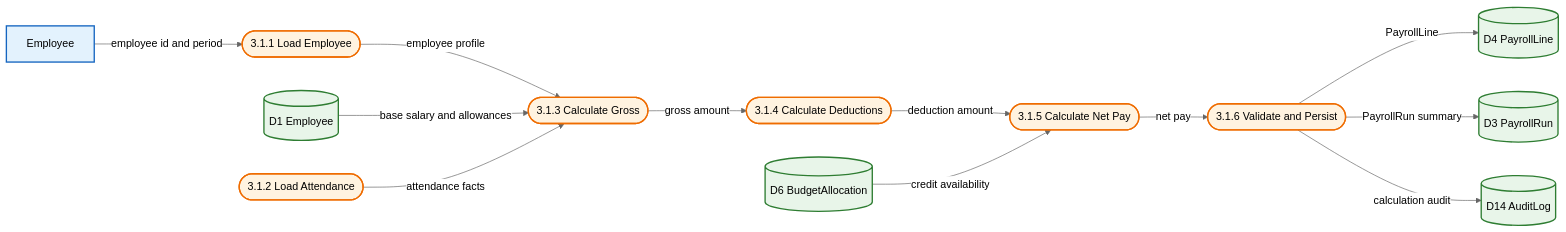
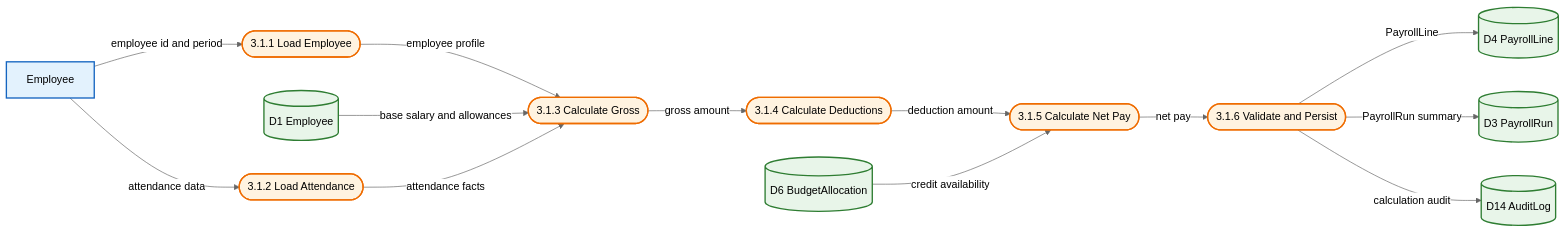
One commit to Shakour-Data/BedaanWaves changed the ninth of 11 diagrams in docs/02_architecture/ARCH_integrated-hr-finance-procurement-dfd_v1.md. Above: the diagram before and after it, drawn with Mermaid (neutral theme). The commit also changed other lines of this file and 62 other files, not shown here.

Commit message:
Add security routes, privacy, audit, observability, data lineage, K8s configs, monitoring, and update API/frontend/tests/docs

````diff
--- a/docs/02_architecture/ARCH_integrated-hr-finance-procurement-dfd_v1.md
+++ b/docs/02_architecture/ARCH_integrated-hr-finance-procurement-dfd_v1.md
@@ -438,31 +451,32 @@
 ```mermaid
 flowchart LR
-    classDef entity fill:#E3F2FD,stroke:#1565C0,stroke-width:2px,color:#000;
-    classDef process fill:#FFF3E0,stroke:#EF6C00,stroke-width:2px,color:#000;
-    classDef store fill:#E8F5E9,stroke:#2E7D32,stroke-width:2px,color:#000;
+classDef entity fill:#E3F2FD,stroke:#1565C0,stroke-width:2px,color:#000;
+classDef process fill:#FFF3E0,stroke:#EF6C00,stroke-width:2px,color:#000;
+classDef store fill:#E8F5E9,stroke:#2E7D32,stroke-width:2px,color:#000;
 
-    EMP[Employee]:::entity
-    T1([3.1.1 Load Employee]):::process
-    T2([3.1.2 Load Attendance]):::process
-    T3([3.1.3 Calculate Gross]):::process
-    T4([3.1.4 Calculate Deductions]):::process
-    T5([3.1.5 Calculate Net Pay]):::process
-    T6([3.1.6 Validate and Persist]):::process
-    D1[(D1 Employee)]:::store
-    D4[(D4 PayrollLine)]:::store
-    D3[(D3 PayrollRun)]:::store
-    D6[(D6 BudgetAllocation)]:::store
-    D14[(D14 AuditLog)]:::store
+EMP[Employee]:::entity
+T1([3.1.1 Load Employee]):::process
+T2([3.1.2 Load Attendance]):::process
+T3([3.1.3 Calculate Gross]):::process
+T4([3.1.4 Calculate Deductions]):::process
+T5([3.1.5 Calculate Net Pay]):::process
+T6([3.1.6 Validate and Persist]):::process
+D1[(D1 Employee)]:::store
+D4[(D4 PayrollLine)]:::store
+D3[(D3 PayrollRun)]:::store
+D6[(D6 BudgetAllocation)]:::store
+D14[(D14 AuditLog)]:::store
 
     EMP -->|employee id and period| T1
+    EMP -->|attendance data| T2
     T1 -->|employee profile| T3
-    D1 -->|base salary and allowances| T3
-    T2 -->|attendance facts| T3
-    T3 -->|gross amount| T4
-    T4 -->|deduction amount| T5
-    D6 -->|credit availability| T5
-    T5 -->|net pay| T6
-    T6 -->|PayrollLine| D4
-    T6 -->|PayrollRun summary| D3
-    T6 -->|calculation audit| D14
+D1 -->|base salary and allowances| T3
+T2 -->|attendance facts| T3
+T3 -->|gross amount| T4
+T4 -->|deduction amount| T5
+D6 -->|credit availability| T5
+T5 -->|net pay| T6
+T6 -->|PayrollLine| D4
+T6 -->|PayrollRun summary| D3
+T6 -->|calculation audit| D14
 ```
````
